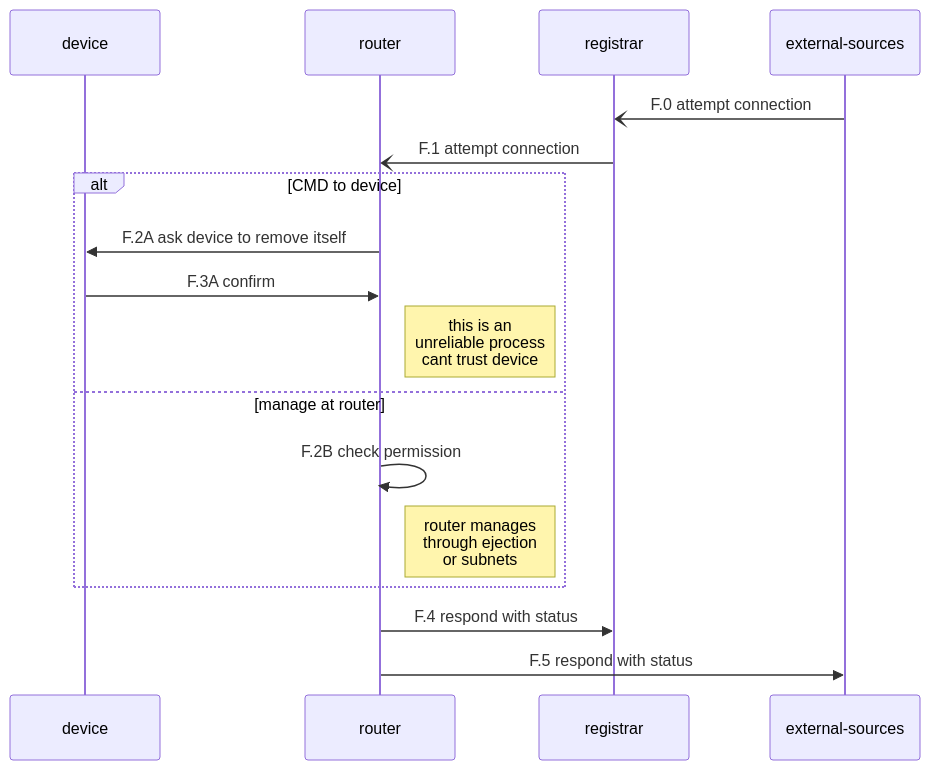
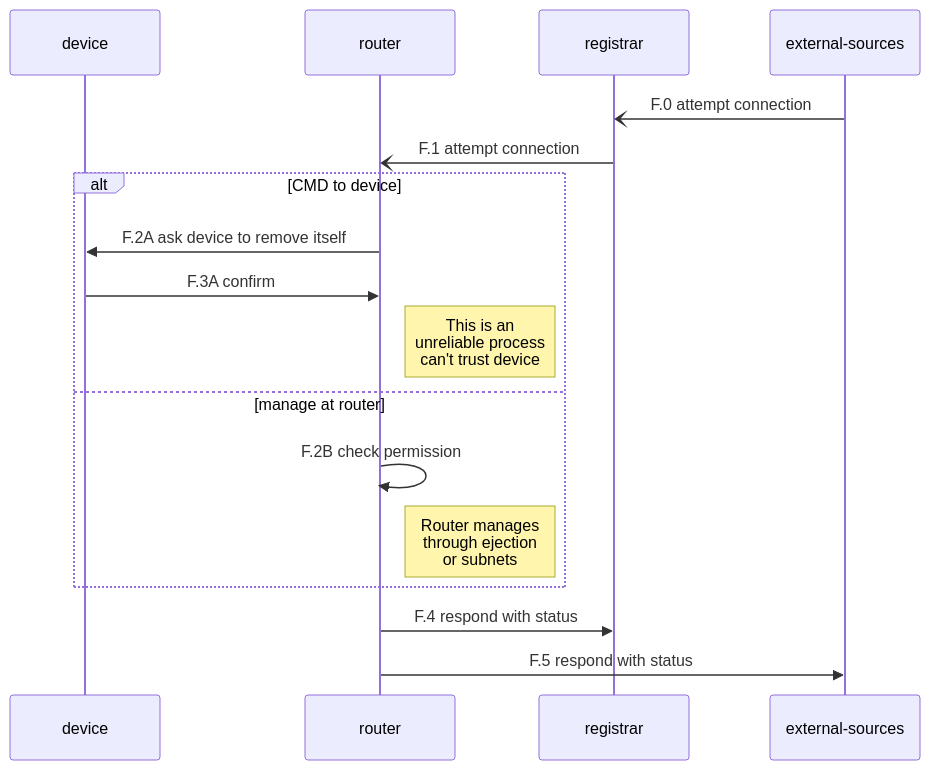
One commit to nqminds/trustnetz changed the sixth of 6 diagrams in packages/docusaurus/docs/build5-docs/20-prot-overview.md. Above: the diagram before and after it, drawn with Mermaid. The commit also changed other lines of this file and 15 other files, not shown here.

````diff
--- a/packages/docusaurus/docs/build5-docs/20-prot-overview.md
+++ b/packages/docusaurus/docs/build5-docs/20-prot-overview.md
@@ -354,30 +283,27 @@
 ```mermaid
 
     
 sequenceDiagram
     participant device
     participant router
     participant registrar
     participant external-sources 
  
     external-sources -)registrar: F.0 attempt connection
     registrar-)router:F.1 attempt connection
     
     alt CMD to device
 		router->>device: F.2A ask device to remove itself
 		device->>router: F.3A confirm
-		note right of router: this is an <br>unreliable process<br>cant trust device
+		note right of router: This is an <br>unreliable process<br>can't trust device
 		
 	else manage at router
 		router->>router: F.2B check permission
-		note right of router: router manages<br> through ejection<br> or subnets
+		note right of router: Router manages<br> through ejection<br> or subnets
 	
 	end
      
     
     router->>registrar: F.4 respond with status
     router->>external-sources: F.5 respond with status
-    
-   
-
 ```
````
